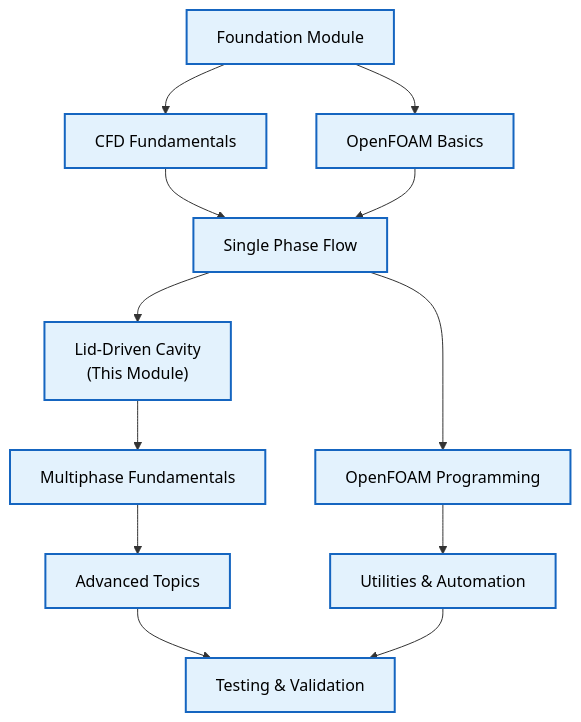
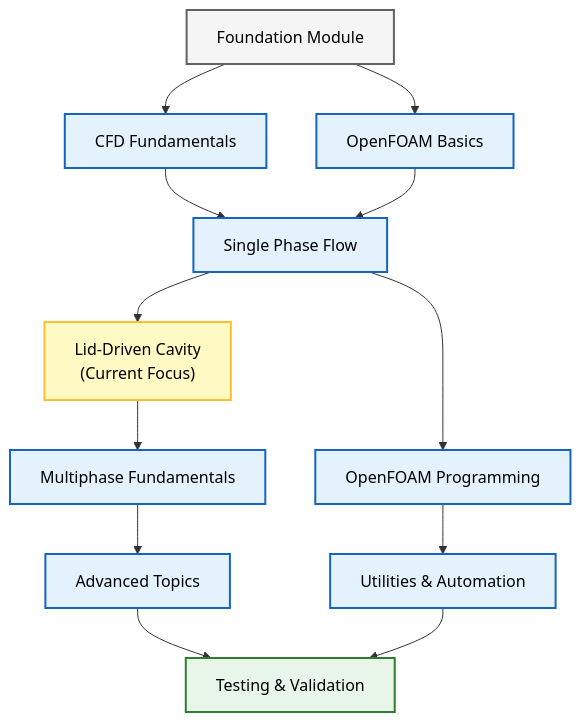
Before and after one commit to wramet/build-my-cfd: the sixth of 6 diagrams in MODULE_01_CFD_FUNDAMENTALS/CONTENT/04_FIRST_SIMULATION/00_Overview.md, drawn with Mermaid. The commit also changed other lines of this file and 313 other files, not shown here.

Commit message:
Revise all diagram

````diff
--- a/MODULE_01_CFD_FUNDAMENTALS/CONTENT/04_FIRST_SIMULATION/00_Overview.md
+++ b/MODULE_01_CFD_FUNDAMENTALS/CONTENT/04_FIRST_SIMULATION/00_Overview.md
@@ -614,18 +605,24 @@
 ```mermaid
-graph TD
-    A["Foundation Module"] --> B["CFD Fundamentals"]
-    A --> C["OpenFOAM Basics"]
-    B --> D["Single Phase Flow"]
+flowchart TD
+    A["Foundation Module"]:::context --> B["CFD Fundamentals"]:::implicit
+    A --> C["OpenFOAM Basics"]:::implicit
+    
+    B --> D["Single Phase Flow"]:::implicit
     C --> D
-    D --> E["Lid-Driven Cavity<br/>(This Module)"]
-    E --> F["Multiphase Fundamentals"]
-    D --> G["OpenFOAM Programming"]
-    F --> H["Advanced Topics"]
-    G --> I["Utilities & Automation"]
-    H --> J["Testing & Validation"]
+    
+    D --> E["Lid-Driven Cavity<br/>(Current Focus)"]:::explicit
+    
+    E --> F["Multiphase Fundamentals"]:::implicit
+    D --> G["OpenFOAM Programming"]:::implicit
+    
+    F --> H["Advanced Topics"]:::implicit
+    G --> I["Utilities & Automation"]:::implicit
+    
+    H --> J["Testing & Validation"]:::success
     I --> J
 
-    classDef process fill:#e3f2fd,stroke:#1565c0,stroke-width:2px,color:#000;
-
-    class A,B,C,D,E,F,G,H,I,J process;
+classDef context fill:#f5f5f5,stroke:#616161,stroke-width:2px,color:#000;
+classDef implicit fill:#e3f2fd,stroke:#1565c0,stroke-width:2px,color:#000;
+classDef explicit fill:#fff9c4,stroke:#fbc02d,stroke-width:2px,color:#000;
+classDef success fill:#e8f5e9,stroke:#2e7d32,stroke-width:2px,color:#000;
 ```
````
